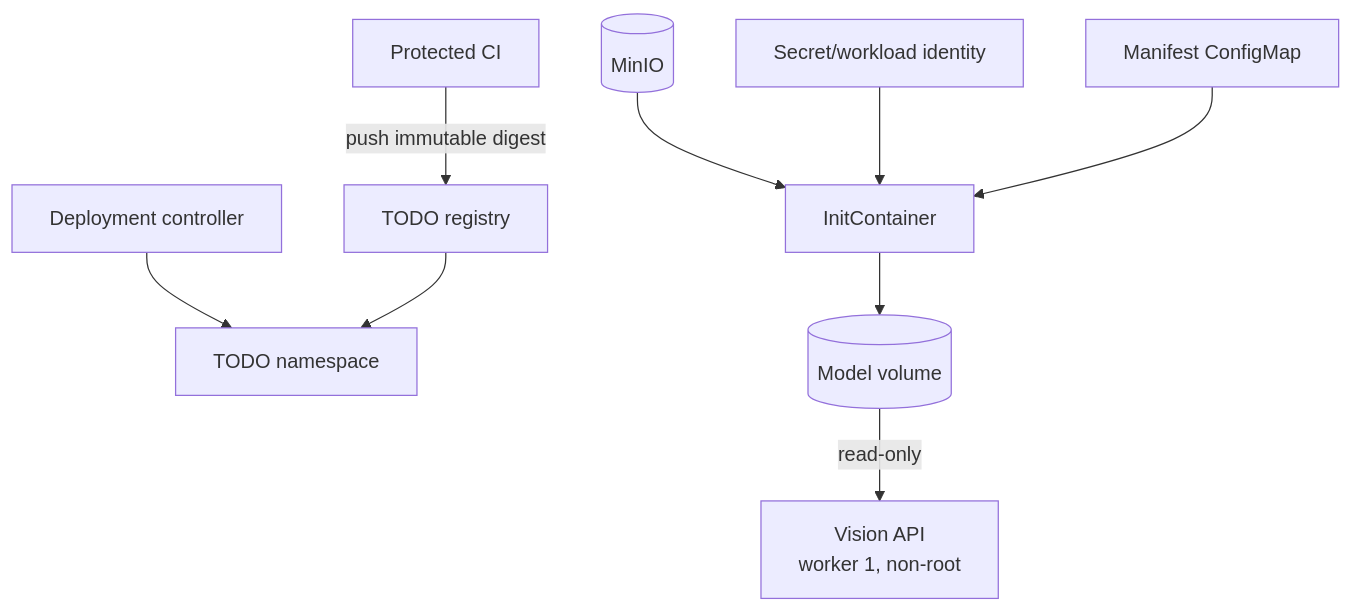
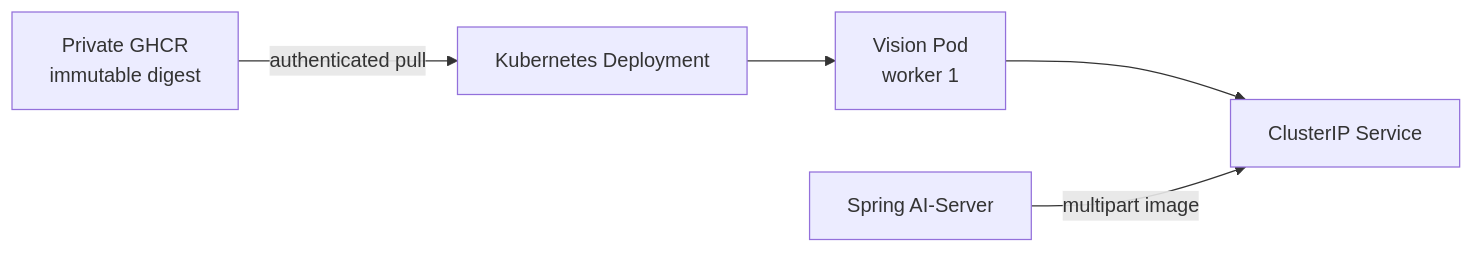
One commit to nhnacademy-aiot3-yes-ai-do/Vision_server changed the second of 2 diagrams in docs/CI_CD_HANDOFF.md. Above: the diagram before and after it, drawn with Mermaid. The commit also changed other lines of this file and 99 other files, not shown here.

````diff
--- a/docs/CI_CD_HANDOFF.md
+++ b/docs/CI_CD_HANDOFF.md
@@ -188,11 +176,11 @@
 ```mermaid
-flowchart TB
-    CI[Protected CI] -->|push immutable digest| REG[TODO registry]
-    CD[Deployment controller] --> K8S[TODO namespace]
-    REG --> K8S
-    MINIO[(MinIO)] --> INIT[InitContainer]
-    SEC[Secret/workload identity] --> INIT
-    MAN[Manifest ConfigMap] --> INIT
-    INIT --> VOL[(Model volume)]
-    VOL -->|read-only| APP[Vision API<br/>worker 1, non-root]
+flowchart LR
+    G[Private GHCR<br/>immutable digest]
+    D[Kubernetes Deployment]
+    P[Vision Pod<br/>worker 1]
+    S[ClusterIP Service]
+    A[Spring AI-Server]
+
+    G -->|authenticated pull| D --> P --> S
+    A -->|multipart image| S
 ```
````
